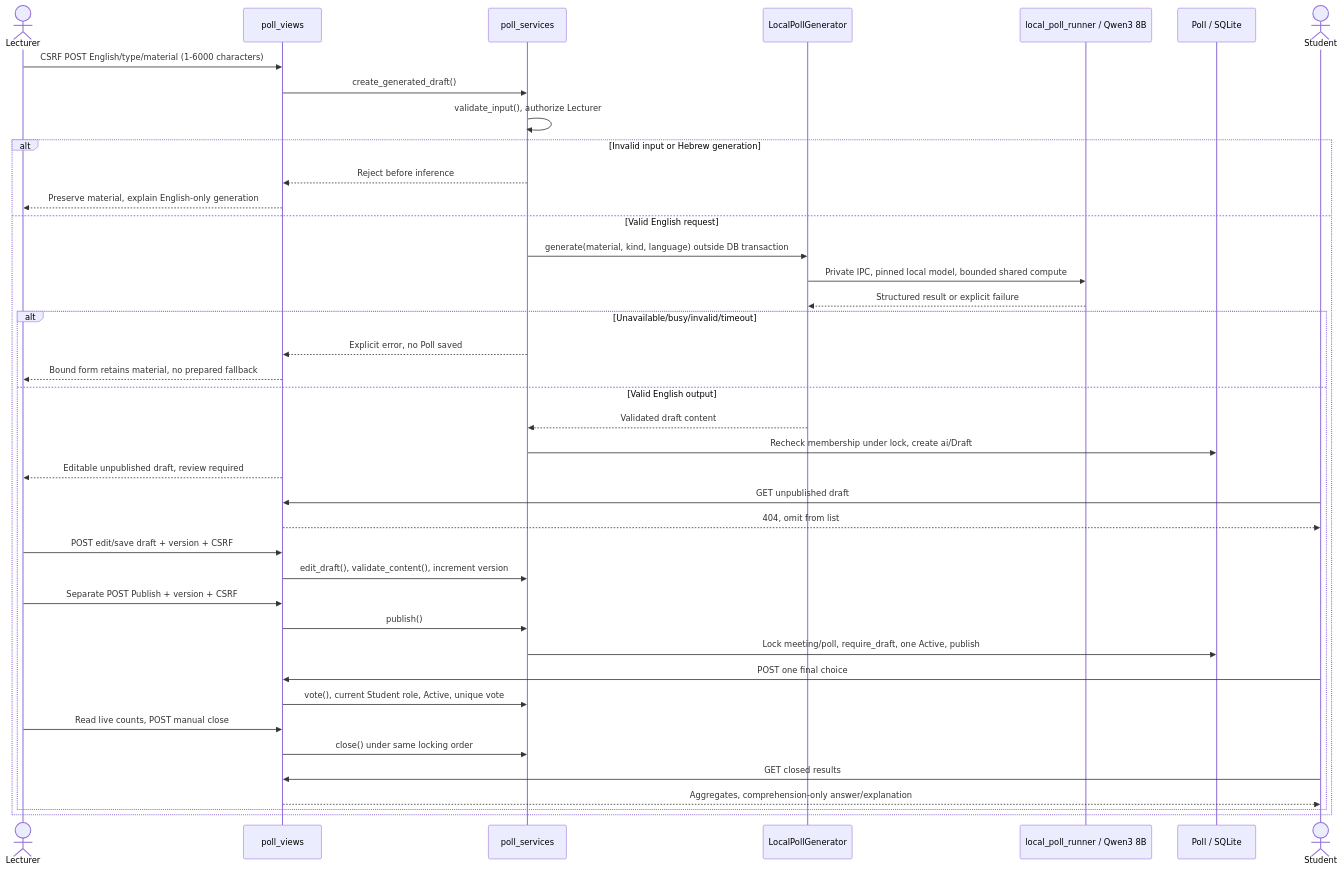
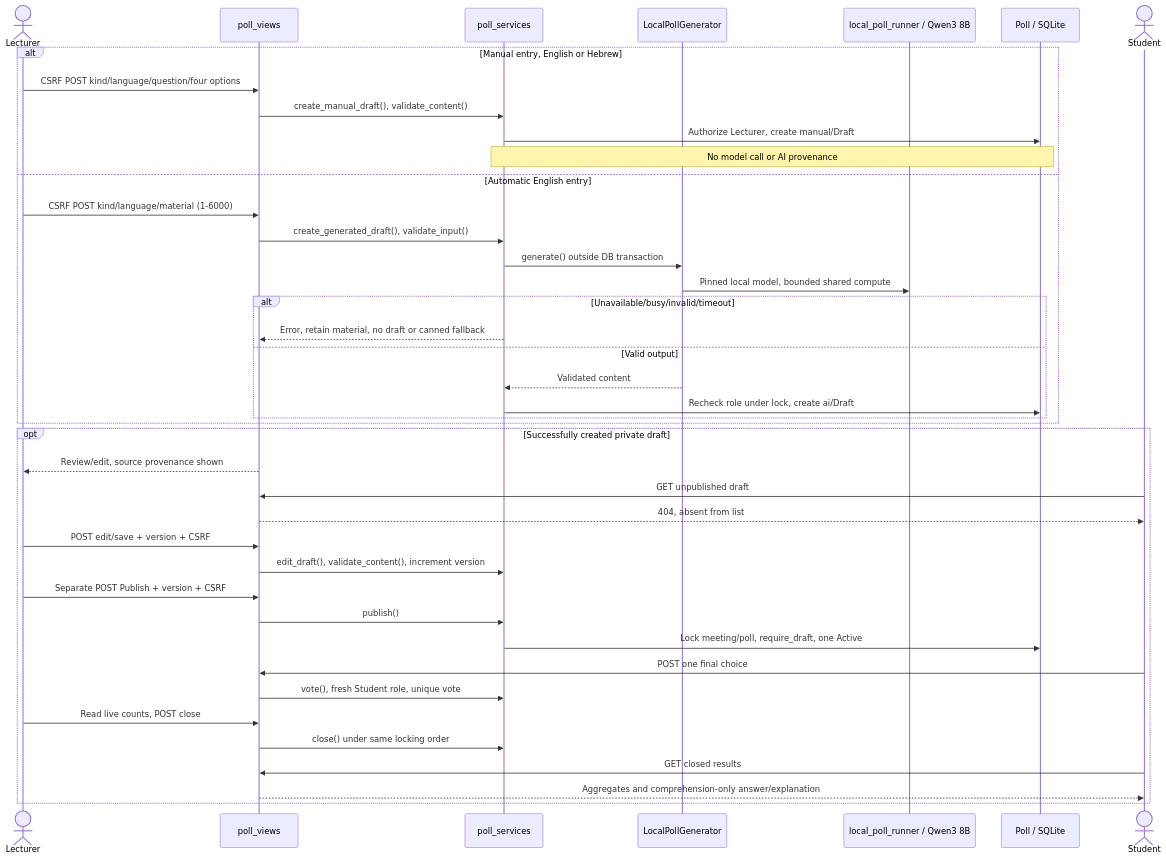
Before and after one commit to itavs/TeachingTool-Ex2: the fourth of 7 diagrams in docs/architecture.md, drawn with Mermaid. The commit also changed other lines of this file and 46 other files, not shown here.

````diff
--- a/docs/architecture.md
+++ b/docs/architecture.md
@@ -303,42 +330,43 @@
 ```mermaid
 sequenceDiagram
     actor L as Lecturer
     participant V as poll_views
     participant P as poll_services
     participant G as LocalPollGenerator
     participant R as local_poll_runner / Qwen3 8B
     participant DB as Poll / SQLite
     actor S as Student
-    L->>V: CSRF POST English/type/material (1-6000 characters)
-    V->>P: create_generated_draft()
-    P->>P: validate_input(), authorize Lecturer
-    alt Invalid input or Hebrew generation
-        P-->>V: Reject before inference
-        V-->>L: Preserve material, explain English-only generation
-    else Valid English request
-    P->>G: generate(material, kind, language) outside DB transaction
-    G->>R: Private IPC, pinned local model, bounded shared compute
-    R-->>G: Structured result or explicit failure
-    alt Unavailable/busy/invalid/timeout
-        P-->>V: Explicit error, no Poll saved
-        V-->>L: Bound form retains material, no prepared fallback
-    else Valid English output
-        G-->>P: Validated draft content
-        P->>DB: Recheck membership under lock, create ai/Draft
-        V-->>L: Editable unpublished draft, review required
+    alt Manual entry, English or Hebrew
+        L->>V: CSRF POST kind/language/question/four options
+        V->>P: create_manual_draft(), validate_content()
+        P->>DB: Authorize Lecturer, create manual/Draft
+        Note over P,DB: No model call or AI provenance
+    else Automatic English entry
+        L->>V: CSRF POST kind/language/material (1-6000)
+        V->>P: create_generated_draft(), validate_input()
+        P->>G: generate() outside DB transaction
+        G->>R: Pinned local model, bounded shared compute
+        alt Unavailable/busy/invalid/timeout
+            P-->>V: Error, retain material, no draft or canned fallback
+        else Valid output
+            G-->>P: Validated content
+            P->>DB: Recheck role under lock, create ai/Draft
+        end
+    end
+    opt Successfully created private draft
+        V-->>L: Review/edit, source provenance shown
         S->>V: GET unpublished draft
-        V-->>S: 404, omit from list
-        L->>V: POST edit/save draft + version + CSRF
+        V-->>S: 404, absent from list
+        L->>V: POST edit/save + version + CSRF
         V->>P: edit_draft(), validate_content(), increment version
         L->>V: Separate POST Publish + version + CSRF
         V->>P: publish()
-        P->>DB: Lock meeting/poll, require_draft, one Active, publish
+        P->>DB: Lock meeting/poll, require_draft, one Active
         S->>V: POST one final choice
-        V->>P: vote(), current Student role, Active, unique vote
-        L->>V: Read live counts, POST manual close
+        V->>P: vote(), fresh Student role, unique vote
+        L->>V: Read live counts, POST close
         V->>P: close() under same locking order
         S->>V: GET closed results
-        V-->>S: Aggregates, comprehension-only answer/explanation
-    end
+        V-->>S: Aggregates and comprehension-only answer/explanation
     end
 ```
````
